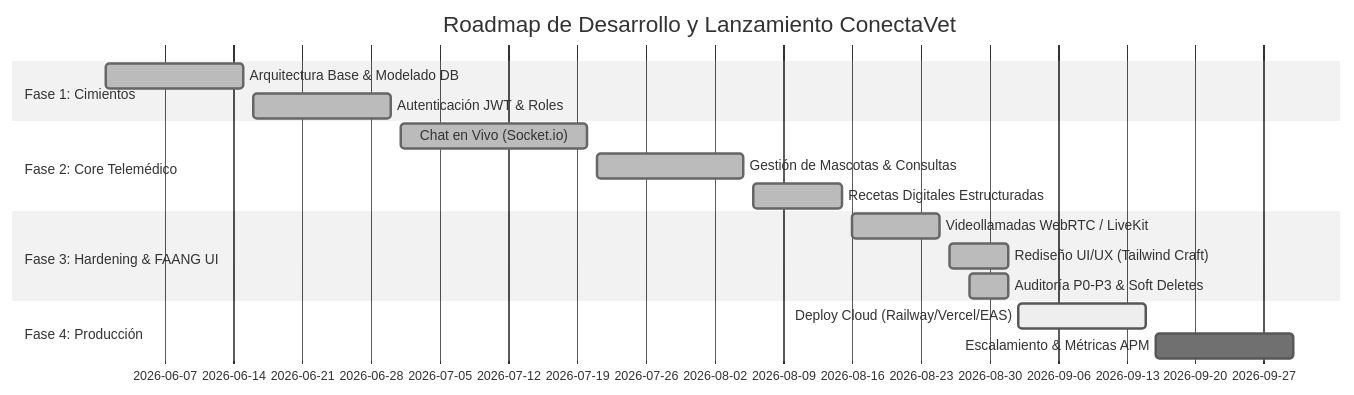
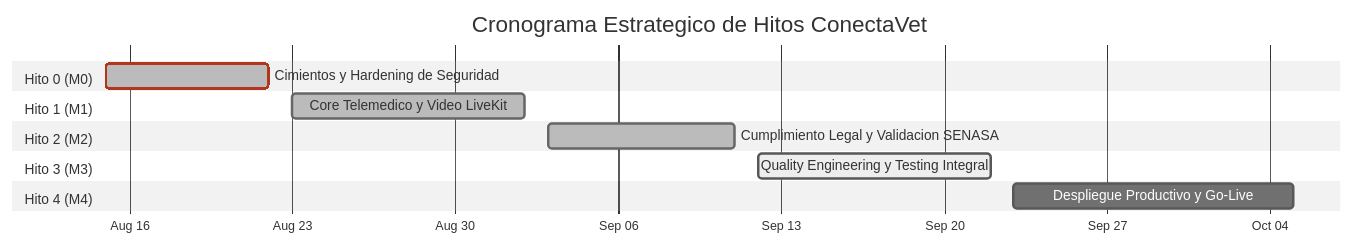
One commit to grupo-pinnacle/conectavet changed the second of 2 diagrams in docs/PROJECT_CHARTER.md. Above: the diagram before and after it, drawn with Mermaid (neutral theme). The commit also changed other lines of this file and 2 other files, not shown here.

````diff
--- a/docs/PROJECT_CHARTER.md
+++ b/docs/PROJECT_CHARTER.md
@@ -139,19 +101,17 @@
 ```mermaid
 gantt
-    title Roadmap de Desarrollo y Lanzamiento ConectaVet
+    title Cronograma Estrategico de Hitos ConectaVet
     dateFormat  YYYY-MM-DD
-    section Fase 1: Cimientos
-    Arquitectura Base & Modelado DB       :done, des1, 2026-06-01, 2026-06-15
-    Autenticación JWT & Roles             :done, des2, 2026-06-16, 2026-06-30
-    section Fase 2: Core Telemédico
-    Chat en Vivo (Socket.io)              :done, des3, 2026-07-01, 2026-07-20
-    Gestión de Mascotas & Consultas       :done, des4, 2026-07-21, 2026-08-05
-    Recetas Digitales Estructuradas       :done, des5, 2026-08-06, 2026-08-15
-    section Fase 3: Hardening & FAANG UI
-    Videollamadas WebRTC / LiveKit        :done, des6, 2026-08-16, 2026-08-25
-    Rediseño UI/UX (Tailwind Craft)       :done, des7, 2026-08-26, 2026-09-01
-    Auditoría P0-P3 & Soft Deletes        :done, des8, 2026-08-28, 2026-09-01
-    section Fase 4: Producción
-    Deploy Cloud (Railway/Vercel/EAS)     :active, des9, 2026-09-02, 2026-09-15
-    Escalamiento & Métricas APM           : des10, 2026-09-16, 2026-09-30
+    axisFormat  %b %d
+
+    section Hito 0 (M0)
+    Cimientos y Hardening de Seguridad         :crit, done, m0, 2026-08-15, 2026-08-22
+    section Hito 1 (M1)
+    Core Telemedico y Video LiveKit           :done, m1, 2026-08-23, 2026-09-02
+    section Hito 2 (M2)
+    Cumplimiento Legal y Validacion SENASA    :done, m2, 2026-09-03, 2026-09-11
+    section Hito 3 (M3)
+    Quality Engineering y Testing Integral    :active, m3, 2026-09-12, 2026-09-22
+    section Hito 4 (M4)
+    Despliegue Productivo y Go-Live           :m4, 2026-09-23, 2026-10-05
 ```
````
